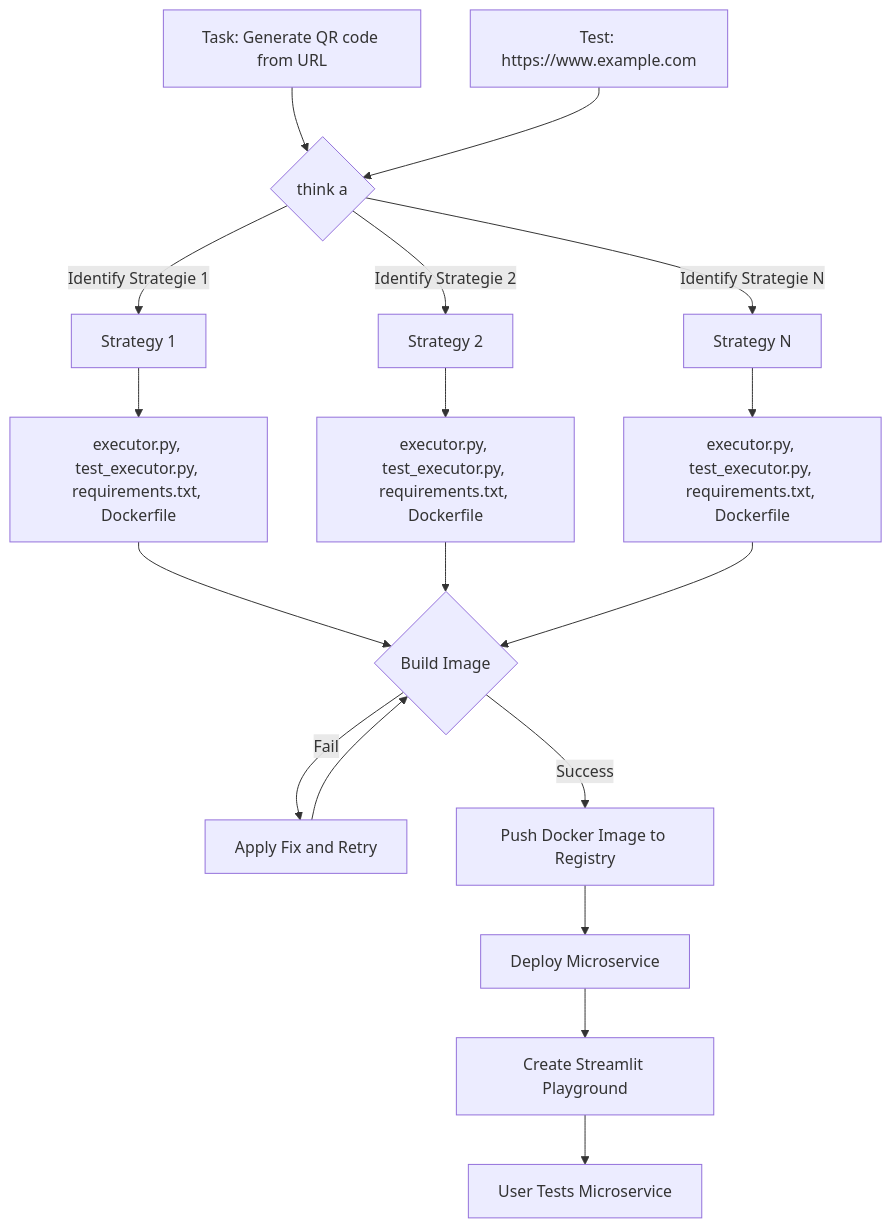
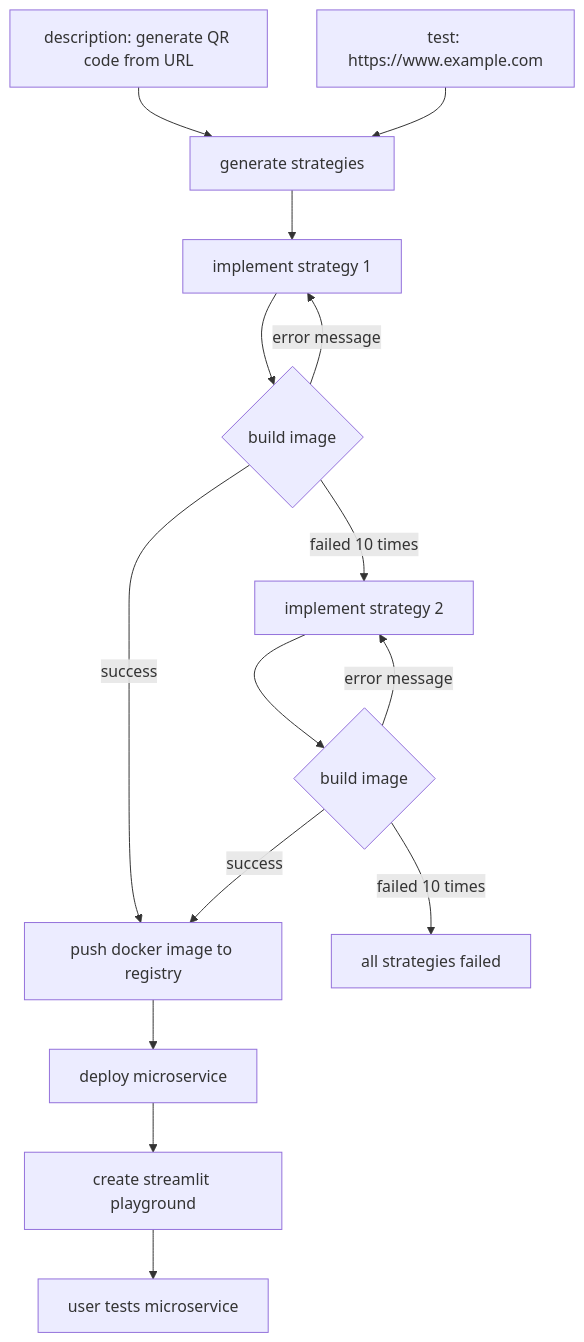
The diagram in README.md (jina-ai/dev-gpt), drawn with Mermaid before and after one commit. The commit also changed other lines of this file, not shown here.

````diff
--- a/README.md
+++ b/README.md
@@ -70,20 +73,33 @@
 ```mermaid
+
 graph TB
-    AA[Task: Generate QR code from URL] --> B{think a}
-    AB[Test: https://www.example.com] --> B{think a}
-    B -->|Identify Strategie 1| C[Strategy 1]
-    B -->|Identify Strategie 2| D[Strategy 2]
-    B -->|Identify Strategie N| E[Strategy N]
-    C --> F[executor.py, test_executor.py, requirements.txt, Dockerfile]
-    D --> G[executor.py, test_executor.py, requirements.txt, Dockerfile]
-    E --> H[executor.py, test_executor.py, requirements.txt, Dockerfile]
-    F --> I{Build Image}
-    G --> I
-    H --> I
-    I -->|Fail| J[Apply Fix and Retry]
-    J --> I
-    I -->|Success| K[Push Docker Image to Registry]
-    K --> L[Deploy Microservice]
-    L --> M[Create Streamlit Playground]
-    M --> N[User Tests Microservice]
+
+    description[description: generate QR code from URL] --> make_strat{think a}
+
+    test[test: https://www.example.com] --> make_strat[generate strategies]
+
+    make_strat --> implement1[implement strategy 1]
+
+    implement1 --> build1{build image}
+
+    build1 -->|error message| implement1
+
+    build1 -->|failed 10 times| implement2[implement strategy 2]
+
+    build1 -->|success| registry[push docker image to registry]
+
+    implement2 --> build2{build image}
+
+    build2 -->|error message| implement2
+
+    build2 -->|failed 10 times| all_failed[all strategies failed]
+
+    build2 -->|success| registry[push docker image to registry]
+
+    registry --> deploy[deploy microservice]
+
+    deploy --> streamlit[create streamlit playground]
+
+    streamlit --> user_run[user tests microservice]
+
 ```
````
